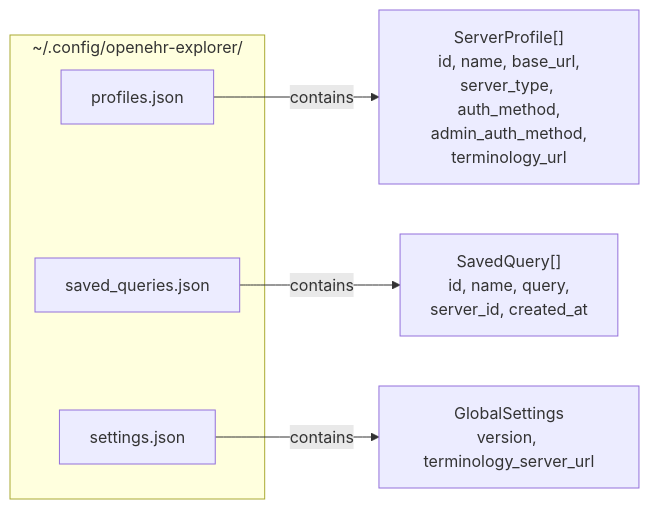
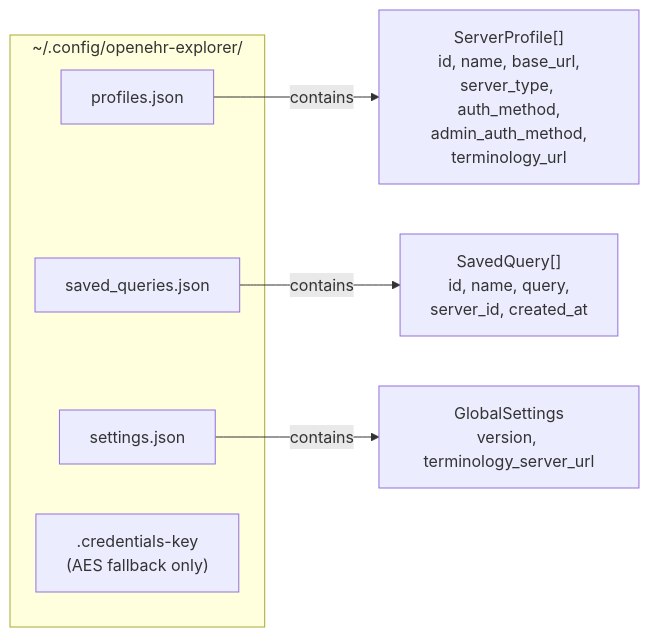
The fifth of 7 diagrams in docs/ARCHITECTURE.md (platzhersh/openehr-explorer), drawn with Mermaid before and after one commit. The commit also changed other lines of this file and 6 other files, not shown here.

````diff
--- a/docs/ARCHITECTURE.md
+++ b/docs/ARCHITECTURE.md
@@ -218,12 +220,13 @@
 ```mermaid
 graph LR
     subgraph ConfigDir["~/.config/openehr-explorer/"]
         profiles["profiles.json"]
         queries["saved_queries.json"]
         settings["settings.json"]
+        keyfile[".credentials-key<br/>(AES fallback only)"]
     end
 
     profiles -->|"contains"| P["ServerProfile[]<br/>id, name, base_url,<br/>server_type, auth_method,<br/>admin_auth_method,<br/>terminology_url"]
     queries -->|"contains"| Q["SavedQuery[]<br/>id, name, query,<br/>server_id, created_at"]
     settings -->|"contains"| S["GlobalSettings<br/>version, terminology_server_url"]
 ```
````
